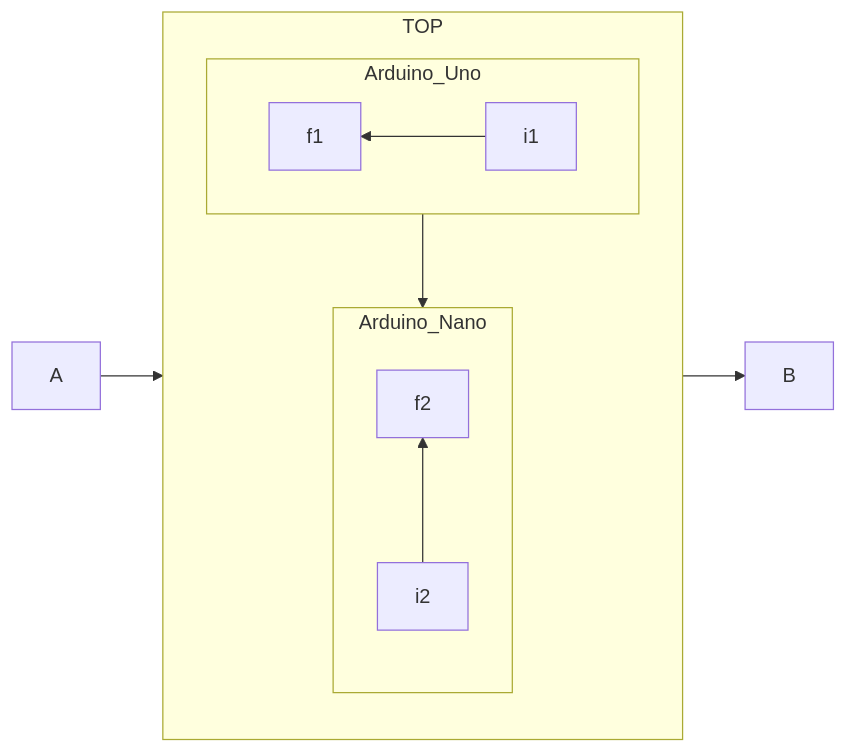
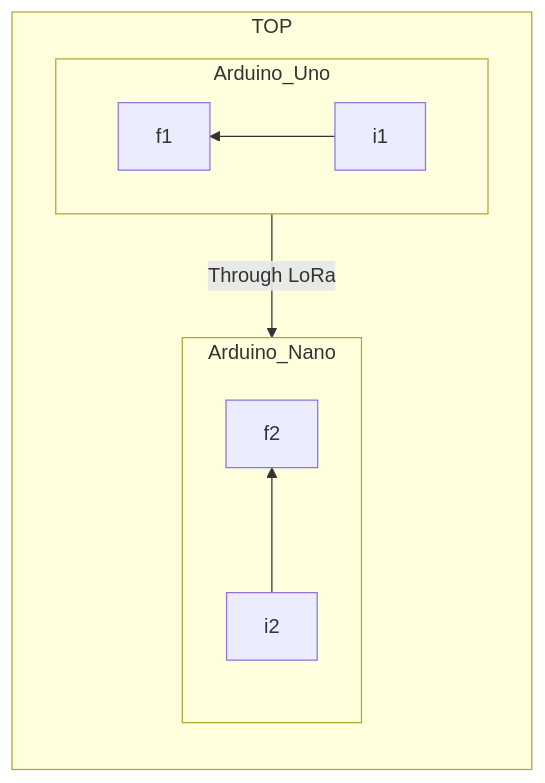
One commit to william60302/IoT_Team2 changed the second of 2 diagrams in README.md. Above: the diagram before and after it, drawn with Mermaid.

````diff
--- a/README.md
+++ b/README.md
@@ -34,16 +34,15 @@
 ```mermaid
 flowchart LR
   subgraph TOP
     direction TB
     subgraph Arduino_Uno
         direction RL
         i1 -->f1
     end
     subgraph Arduino_Nano
         direction BT
         i2 -->f2
     end
   end
-  A --> TOP --> B
-  Arduino_Uno --> Arduino_Nano
+  Arduino_Uno-- Through LoRa --> Arduino_Nano
 ```
````
